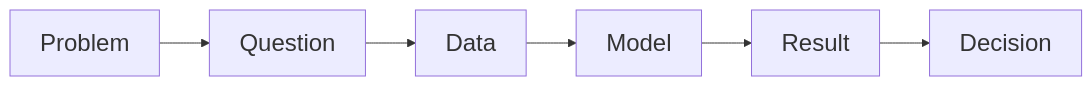
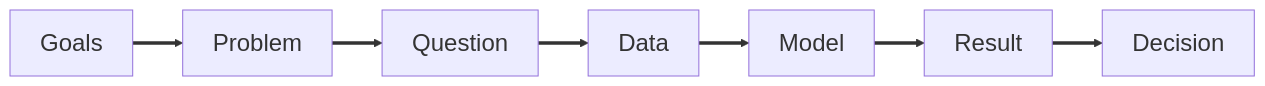
Before and after one commit to jbayham/arec-330: the first of 3 diagrams in modules/02_framework_question/slides.qmd, drawn with Mermaid. The commit also changed other lines of this file and 1 other file, not shown here.

````diff
--- a/modules/02_framework_question/slides.qmd
+++ b/modules/02_framework_question/slides.qmd
@@ -158,9 +170,10 @@
 ```{mermaid}
 %%{init: {"themeVariables": {"fontSize": "24px"}}}%%
 flowchart LR
-  P[Problem] --> Q[Question]
-  Q --> Da[Data]
-  Da --> M[Model]
-  M --> R[Result]
-  R --> D[Decision]
+  G[Goals] ==> P[Problem]
+  P ==> Q[Question]
+  Q ==> Da[Data]
+  Da ==> M[Model]
+  M ==> R[Result]
+  R ==> D[Decision]
 ```
````
